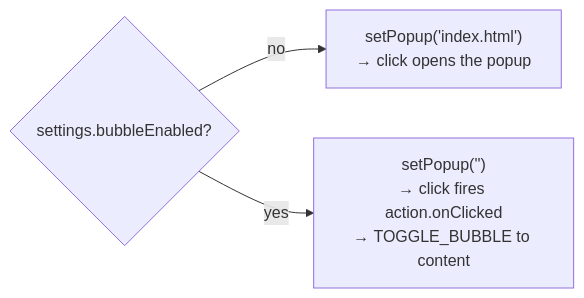
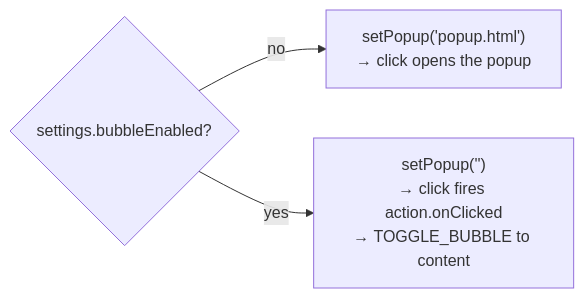
Before and after one commit to mralaminahamed/media-bulk-downloads: the second of 2 diagrams in docs/guides/badge.md, drawn with Mermaid. The commit also changed 18 other files, not shown here.

````diff
--- a/docs/guides/badge.md
+++ b/docs/guides/badge.md
@@ -43,5 +43,5 @@
 ```mermaid
 flowchart LR
-  S{"settings.bubbleEnabled?"} -->|no| POP["setPopup('index.html')<br/>→ click opens the popup"]
+  S{"settings.bubbleEnabled?"} -->|no| POP["setPopup('popup.html')<br/>→ click opens the popup"]
   S -->|yes| BUB["setPopup('')<br/>→ click fires action.onClicked<br/>→ TOGGLE_BUBBLE to content"]
 ```
````
